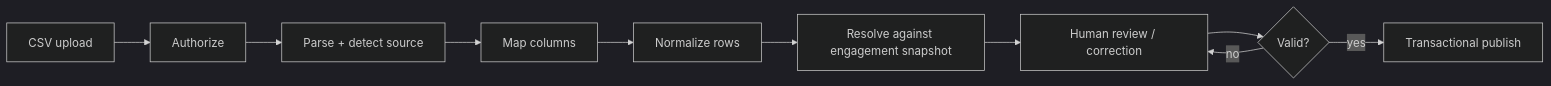
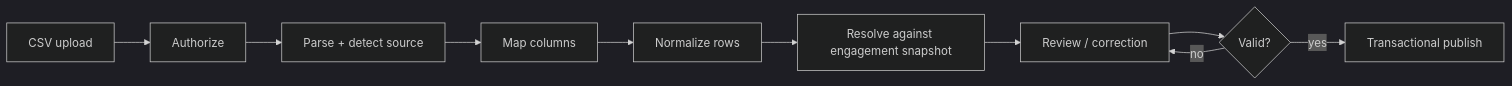
One commit to JohnGPaulIV/daubert-platform-showcase changed the second of 2 diagrams in README.md. Above: the diagram before and after it, drawn with Mermaid (dark theme). The commit also changed other lines of this file and 20 other files, not shown here.

````diff
--- a/README.md
+++ b/README.md
@@ -81,12 +80,12 @@
 ```mermaid
 flowchart LR
     F[CSV upload] --> A[Authorize]
     A --> P[Parse + detect source]
     P --> M[Map columns]
     M --> N[Normalize rows]
     N --> S[Resolve against engagement snapshot]
-    S --> R[Human review / correction]
+    S --> R[Review / correction]
     R --> C{Valid?}
     C -->|yes| W[Transactional publish]
     C -->|no| R
 ```
````
